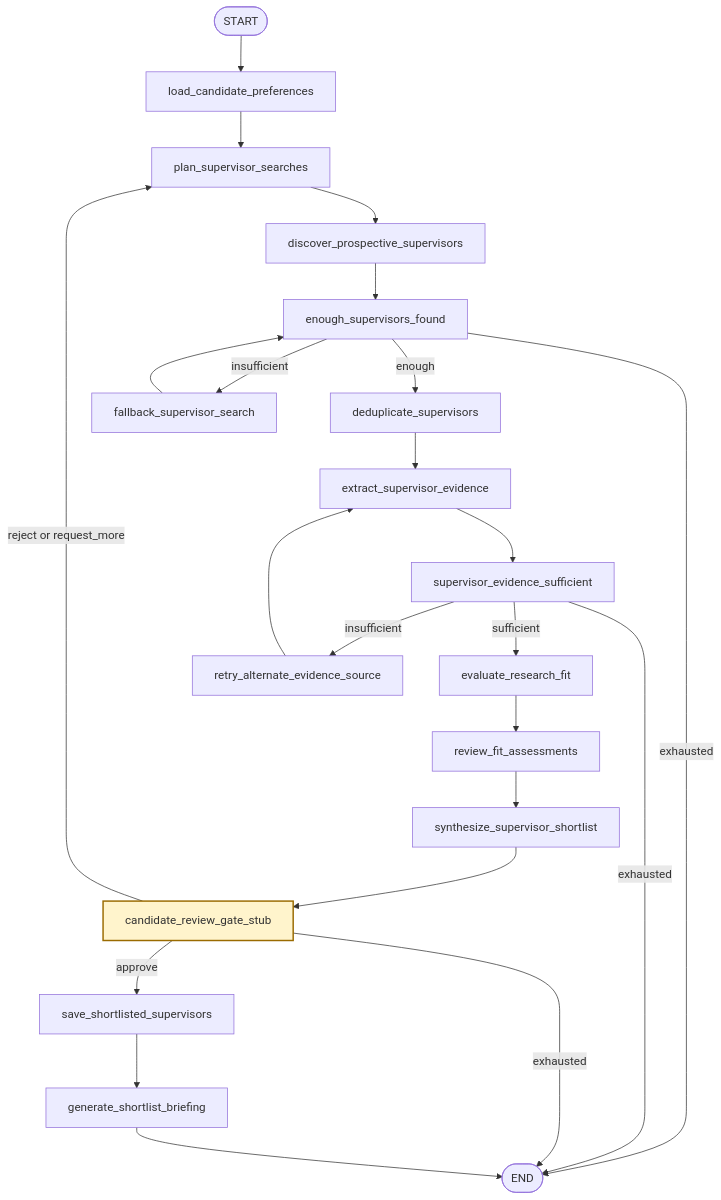
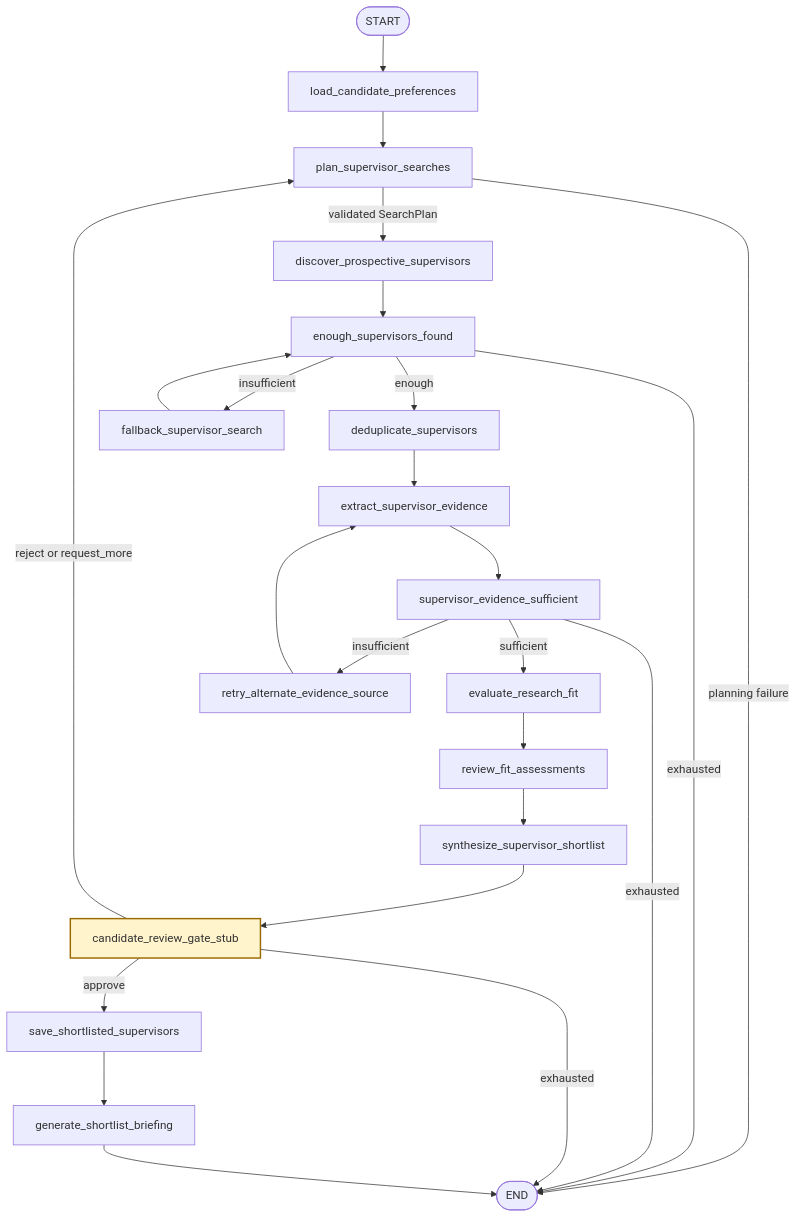
One commit to shanly-rajan/ai-builder changed the fourth of 11 diagrams in projects/scholar-path/docs/architecture.md. Above: the diagram before and after it, drawn with Mermaid. The commit also changed other lines of this file and 37 other files, not shown here.

````diff
--- a/projects/scholar-path/docs/architecture.md
+++ b/projects/scholar-path/docs/architecture.md
@@ -10,28 +88,29 @@
 ```mermaid
 flowchart TD
     START([START]) --> Load[load_candidate_preferences]
     Load --> Plan[plan_supervisor_searches]
-    Plan --> Discover[discover_prospective_supervisors]
+    Plan -->|validated SearchPlan| Discover[discover_prospective_supervisors]
+    Plan -->|planning failure| END([END])
     Discover --> Found[enough_supervisors_found]
     Found -->|enough| Dedupe[deduplicate_supervisors]
     Found -->|insufficient| Fallback[fallback_supervisor_search]
-    Found -->|exhausted| END([END])
+    Found -->|exhausted| END
     Fallback --> Found
     Dedupe --> Extract[extract_supervisor_evidence]
     Extract --> Evidence[supervisor_evidence_sufficient]
     Evidence -->|sufficient| Evaluate[evaluate_research_fit]
     Evidence -->|insufficient| Alternate[retry_alternate_evidence_source]
     Evidence -->|exhausted| END
     Alternate --> Extract
     Evaluate --> Review[review_fit_assessments]
     Review --> Synthesize[synthesize_supervisor_shortlist]
     Synthesize --> Gate[candidate_review_gate_stub]
     Gate -->|approve| Save[save_shortlisted_supervisors]
     Gate -->|reject or request_more| Plan
     Gate -->|exhausted| END
     Save --> Brief[generate_shortlist_briefing]
     Brief --> END
 
     classDef human fill:#fff4cc,stroke:#9a6b00,stroke-width:2px;
     class Gate human;
 ```
````
